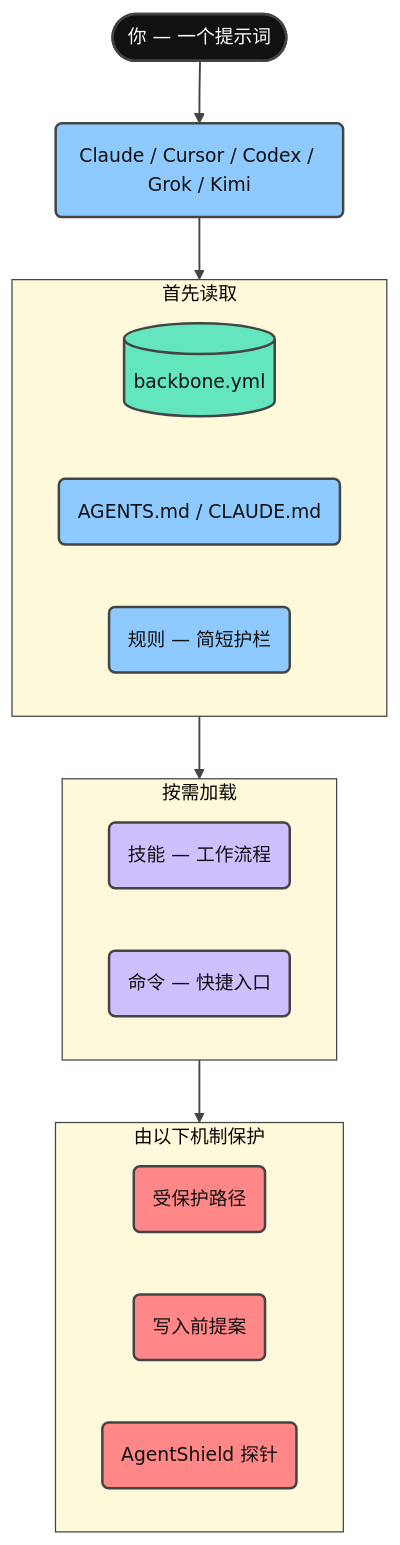
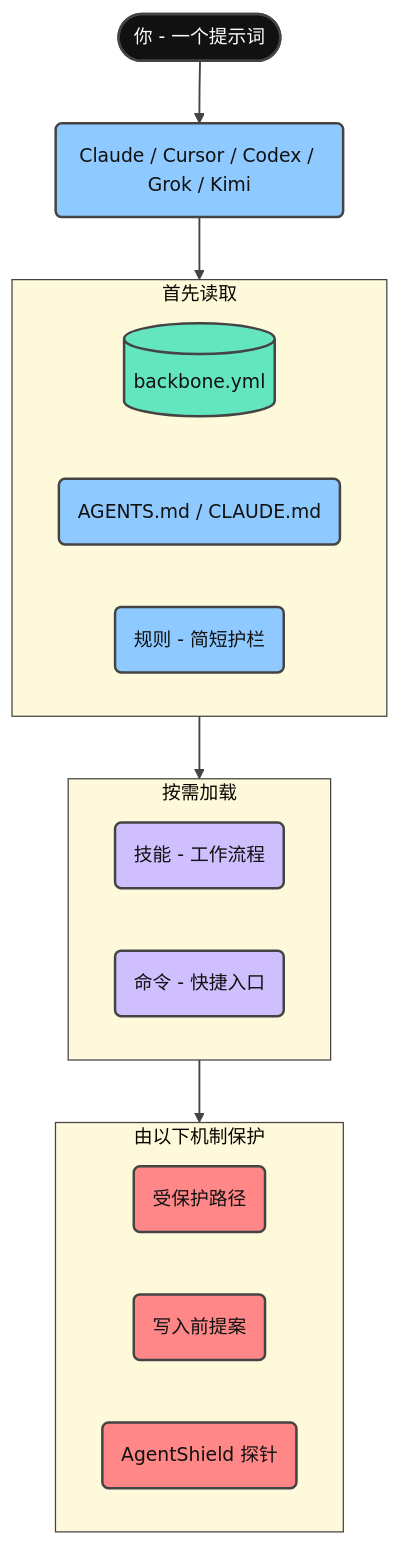
The second of 8 diagrams in docs/README.zh-CN.md (giang6283623/minimal-vibe-coding-kit), drawn with Mermaid before and after one commit. The commit also changed other lines of this file and 579 other files, not shown here.

Commit message:
update kimi and enhance some rules kills

````diff
--- a/docs/README.zh-CN.md
+++ b/docs/README.zh-CN.md
@@ -159,51 +159,51 @@
 ```mermaid
 ---
 config:
   theme: base
   themeVariables:
     fontFamily: cascadia mono, consolas, noto sans mono, menlo, monospace
     fontSize: 15px
     lineColor: "#444444"
     textColor: "#111111"
     edgeLabelBackground: "#FFFFFF"
     clusterBkg: "#FFF9DB"
     clusterBorder: "#444444"
 ---
 flowchart TD
-    You([你 — 一个提示词]) --> Agent("Claude / Cursor / Codex / Grok / Kimi")
+    You([你 - 一个提示词]) --> Agent("Claude / Cursor / Codex / Grok / Kimi")
 
     subgraph First["首先读取"]
         Backbone[("backbone.yml")]
         Docs("AGENTS.md / CLAUDE.md")
-        Rules("规则 — 简短护栏")
+        Rules("规则 - 简短护栏")
     end
 
     subgraph Demand["按需加载"]
-        Skills("技能 — 工作流程")
-        Commands("命令 — 快捷入口")
+        Skills("技能 - 工作流程")
+        Commands("命令 - 快捷入口")
     end
 
     subgraph Guard["由以下机制保护"]
         Protected("受保护路径")
         Propose("写入前提案")
         Shield("AgentShield 探针")
     end
 
     Agent --> First
     First --> Demand
     Demand --> Guard
 
     classDef terminal fill:#111111,stroke:#444444,stroke-width:2px,color:#FFFFFF
     classDef step fill:#8ECAFF,stroke:#444444,stroke-width:2px,color:#111111
     classDef data fill:#63E6BE,stroke:#444444,stroke-width:2px,color:#111111
     classDef accent fill:#D0BFFF,stroke:#444444,stroke-width:2px,color:#111111
     classDef danger fill:#FF8787,stroke:#444444,stroke-width:2px,color:#111111
     linkStyle default stroke:#444444,stroke-width:1.5px
 
     class You terminal
     class Agent step
     class Backbone data
     class Docs,Rules step
     class Skills,Commands accent
     class Protected,Propose,Shield danger
 ```
````
